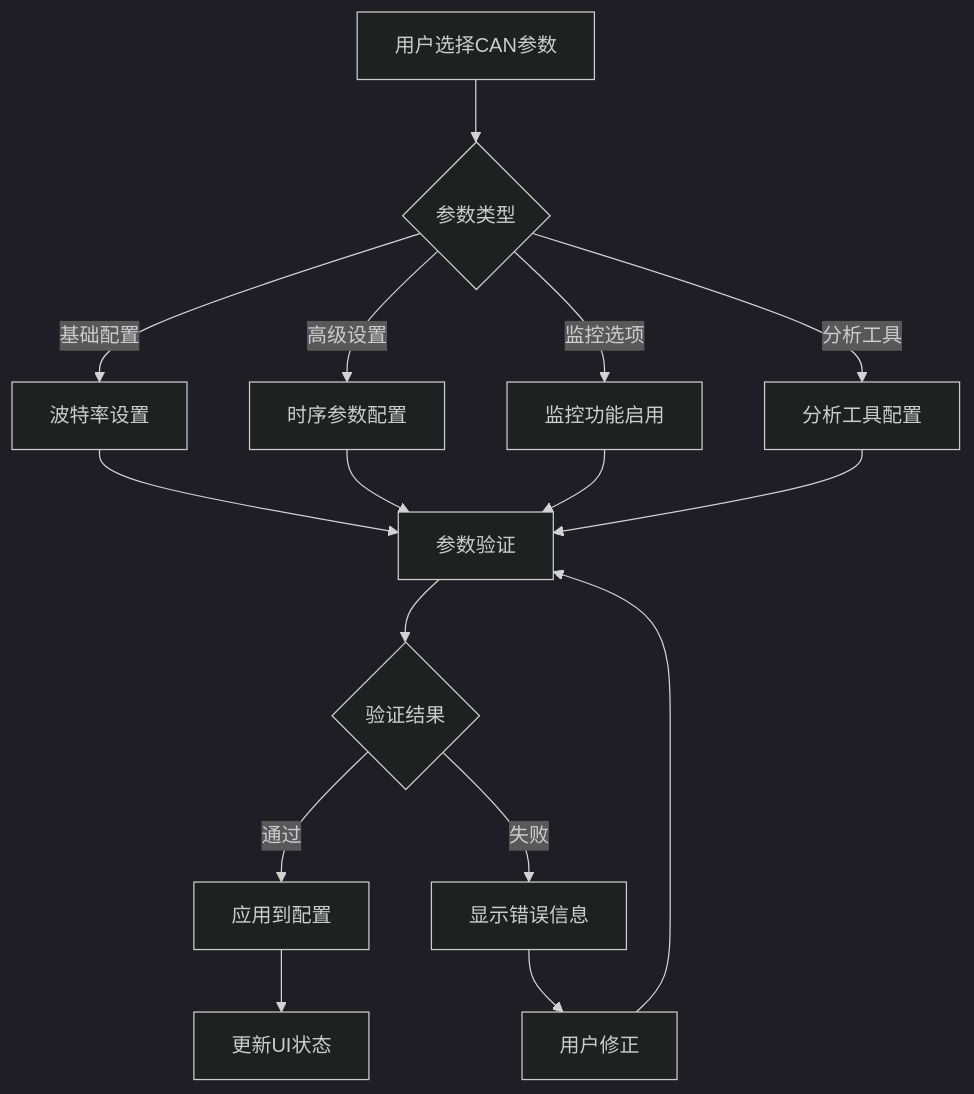
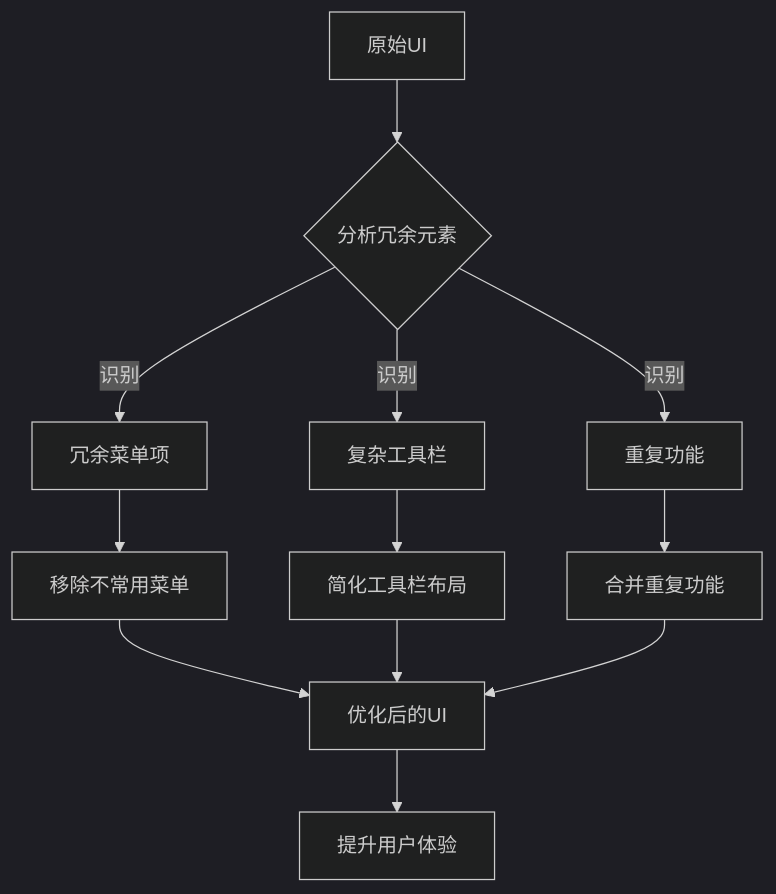
One commit to jakecai1225-design/OpenBus changed the fourth of 6 diagrams in .qoder/repowiki/zh/content/架构设计/UI系统设计/测量设置视图组件.md. Above: the diagram before and after it, drawn with Mermaid (dark theme). The commit also changed other lines of this file and 25 other files, not shown here.

````diff
--- a/.qoder/repowiki/zh/content/架构设计/UI系统设计/测量设置视图组件.md
+++ b/.qoder/repowiki/zh/content/架构设计/UI系统设计/测量设置视图组件.md
@@ -239,18 +244,14 @@
 ```mermaid
 flowchart TD
-A[用户选择CAN参数] --> B{参数类型}
-B --> |基础配置| C[波特率设置]
-B --> |高级设置| D[时序参数配置]
-B --> |监控选项| E[监控功能启用]
-B --> |分析工具| F[分析工具配置]
-C --> G[参数验证]
-D --> G
-E --> G
-F --> G
-G --> H{验证结果}
-H --> |通过| I[应用到配置]
-H --> |失败| J[显示错误信息]
-I --> K[更新UI状态]
-J --> L[用户修正]
-L --> G
+A[原始UI] --> B{分析冗余元素}
+B --> |识别| C[冗余菜单项]
+B --> |识别| D[复杂工具栏]
+B --> |识别| E[重复功能]
+C --> F[移除不常用菜单]
+D --> G[简化工具栏布局]
+E --> H[合并重复功能]
+F --> I[优化后的UI]
+G --> I
+H --> I
+I --> J[提升用户体验]
 ```
````
